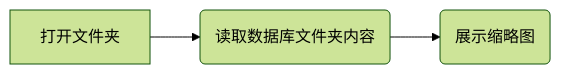
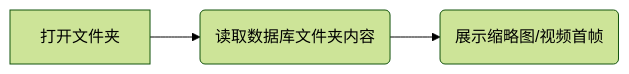
The second of 3 diagrams in PronjectInfo.md (lzyyauto/SimplePhotos), drawn with Mermaid (forest theme) before and after one commit. The commit also changed other lines of this file and 3 other files, not shown here.

````diff
--- a/PronjectInfo.md
+++ b/PronjectInfo.md
@@ -64,6 +67,5 @@
 ```mermaid
 graph LR
     A[打开文件夹] --> B(读取数据库文件夹内容)
-    B --> C(展示缩略图)
-
+    B --> C(展示缩略图/视频首帧)
 ```
````
